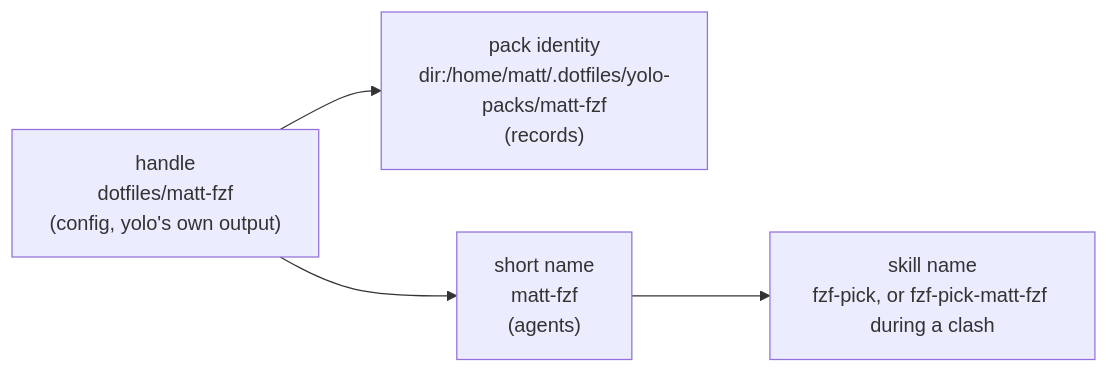
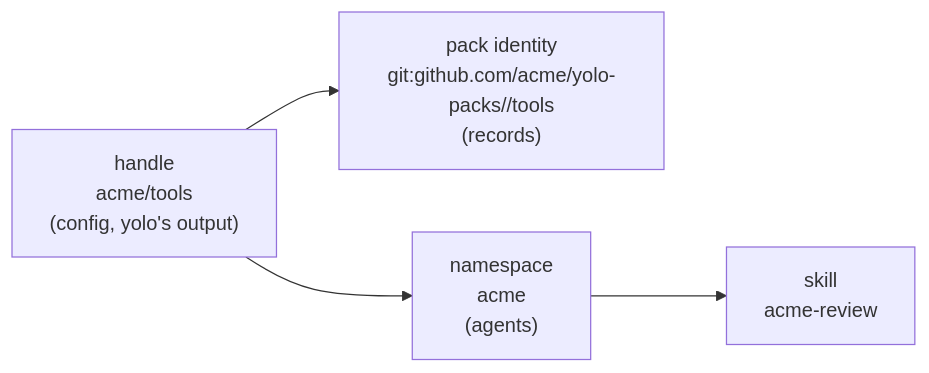
One commit to mschulkind-oss/yolo-jail changed the diagram in docs/design/pack-naming.md. Above: the diagram before and after it, drawn with Mermaid. The commit also changed other lines of this file, not shown here.

Commit message:
docs(design): pack naming — stable namespaces, clashes refused, never renamed

````diff
--- a/docs/design/pack-naming.md
+++ b/docs/design/pack-naming.md
@@ -135,6 +75,6 @@
 ```mermaid
 flowchart LR
-    H["handle<br/>dotfiles/matt-fzf<br/>(config, yolo's own output)"] --> I["pack identity<br/>dir:/home/matt/.dotfiles/yolo-packs/matt-fzf<br/>(records)"]
-    H --> S["short name<br/>matt-fzf<br/>(agents)"]
-    S --> K["skill name<br/>fzf-pick, or fzf-pick-matt-fzf during a clash"]
+    H["handle<br/>acme/tools<br/>(config, yolo's output)"] --> I["pack identity<br/>git:github.com/acme/yolo-packs//tools<br/>(records)"]
+    H --> N["namespace<br/>acme<br/>(agents)"]
+    N --> K["skill<br/>acme-review"]
 ```
````
